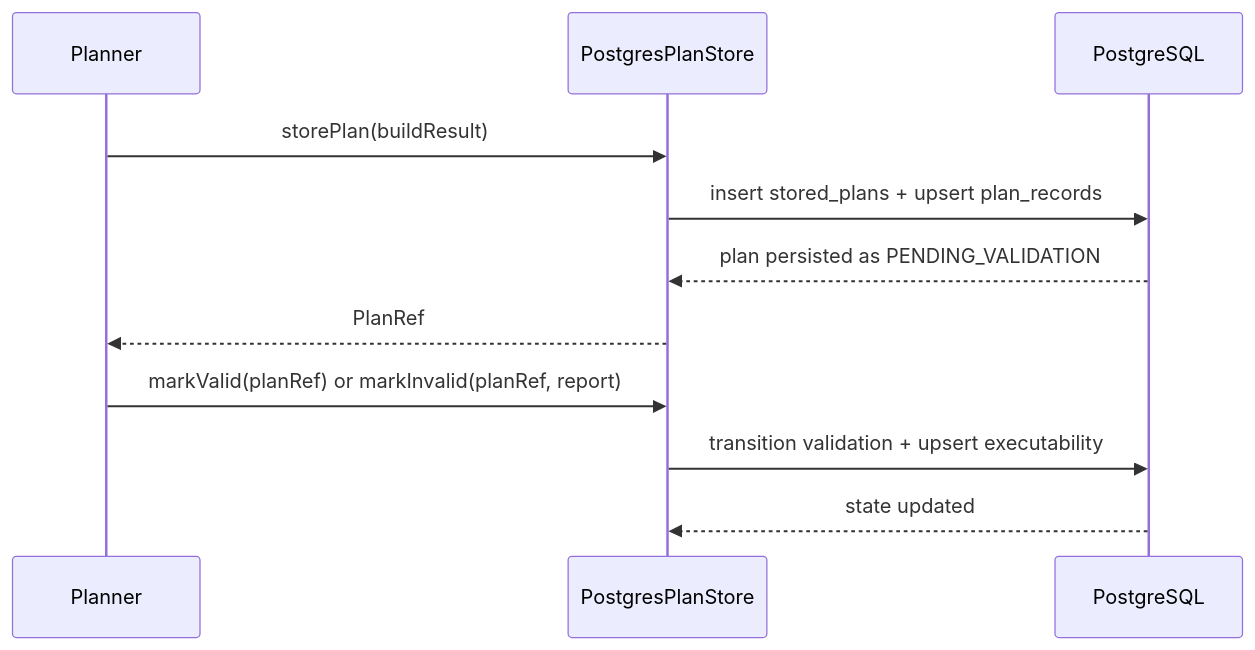
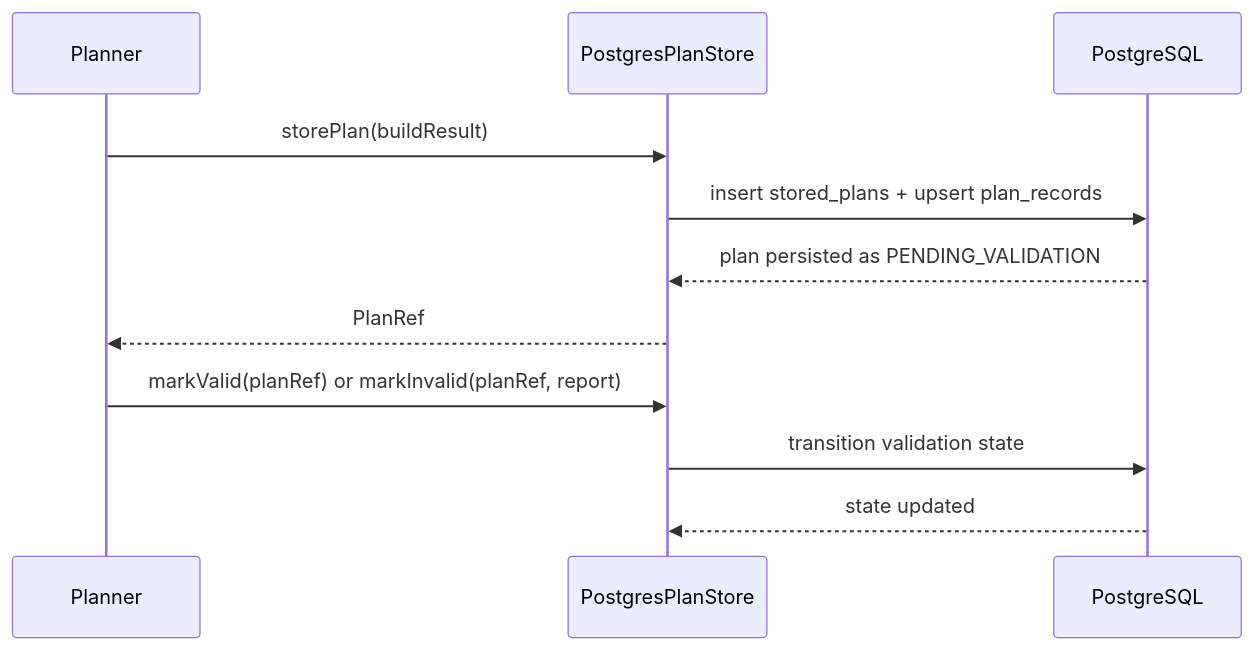
Before and after one commit to dunay2/dvt: the first of 3 diagrams in docs/guides/postgres-plan-store-user-manual-20260403.md, drawn with Mermaid. The commit also changed other lines of this file and 2 other files, not shown here.

````diff
--- a/docs/guides/postgres-plan-store-user-manual-20260403.md
+++ b/docs/guides/postgres-plan-store-user-manual-20260403.md
@@ -27,15 +27,15 @@
 ```mermaid
 sequenceDiagram
   participant Planner
   participant Store as PostgresPlanStore
   participant DB as PostgreSQL
 
   Planner->>Store: storePlan(buildResult)
   Store->>DB: insert stored_plans + upsert plan_records
   DB-->>Store: plan persisted as PENDING_VALIDATION
   Store-->>Planner: PlanRef
 
   Planner->>Store: markValid(planRef) or markInvalid(planRef, report)
-  Store->>DB: transition validation + upsert executability
+  Store->>DB: transition validation state
   DB-->>Store: state updated
 ```
````
